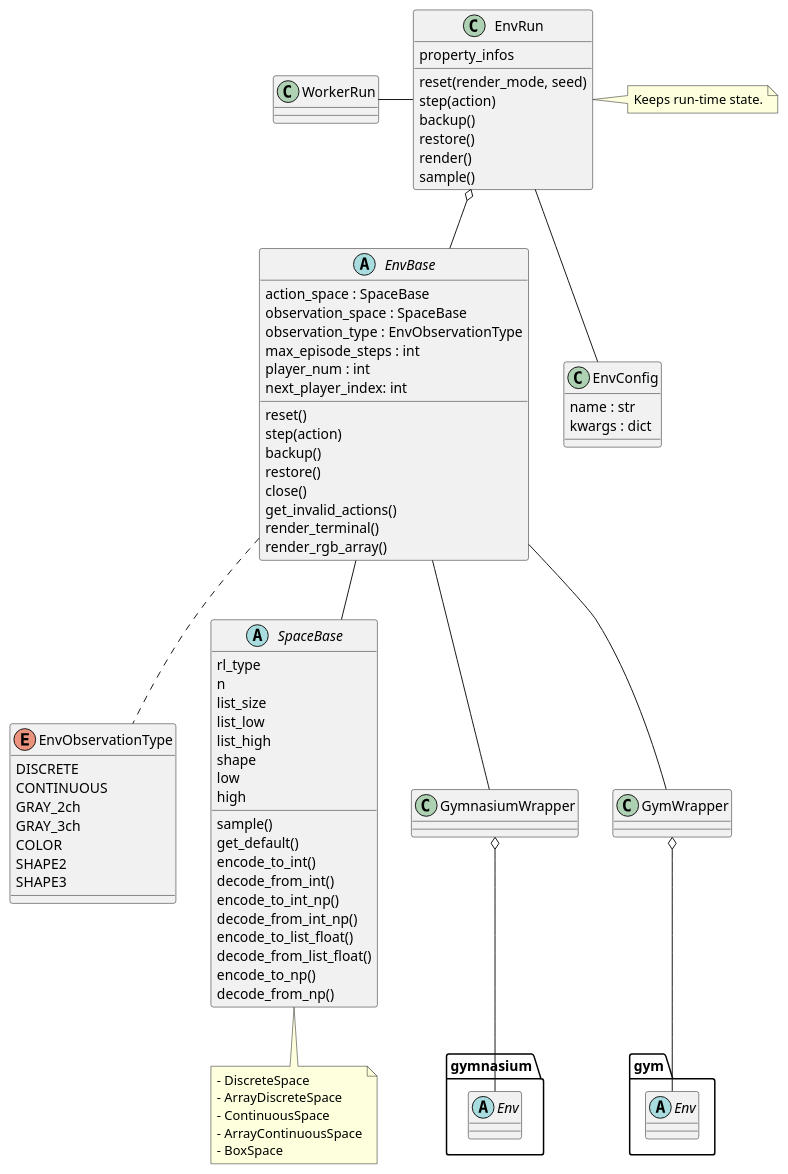
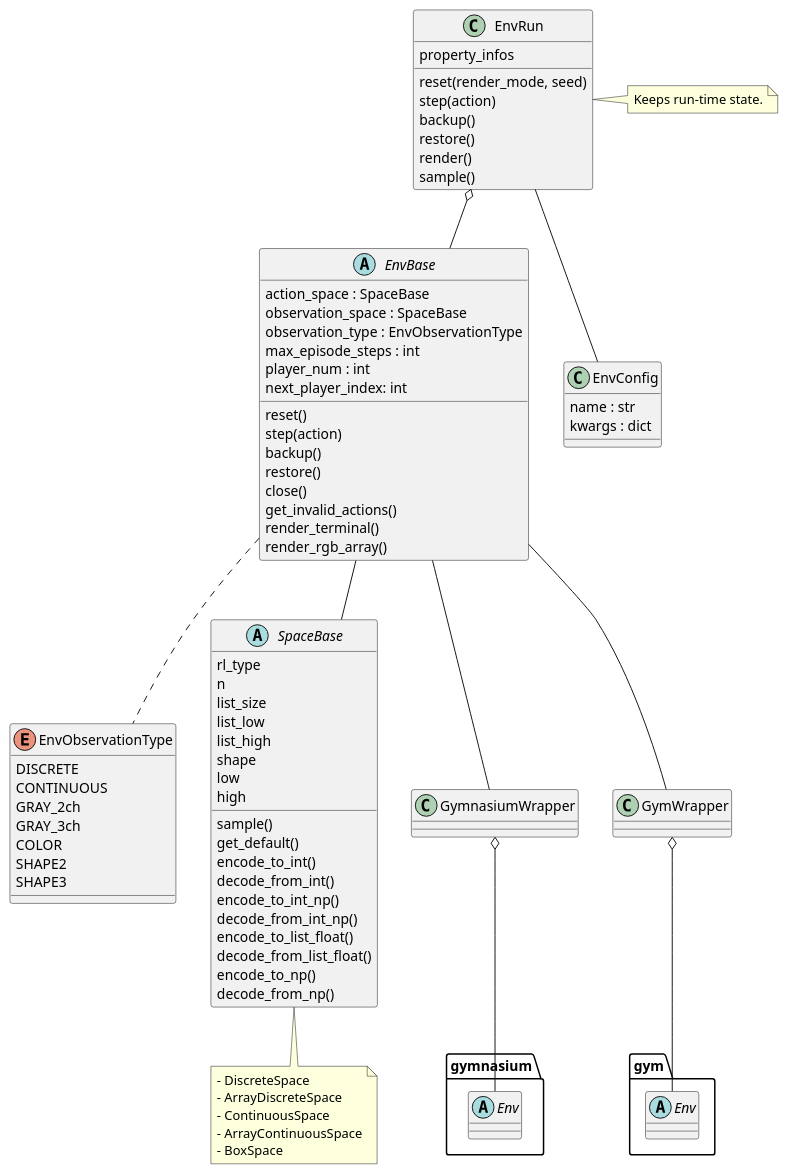
The diagram in diagrams/class_env.pu (pocokhc/simple_distributed_rl), drawn with PlantUML before and after one commit. The commit also changed 32 other files, not shown here.

```diff
--- a/diagrams/class_env.pu
+++ b/diagrams/class_env.pu
@@ -1,104 +1,100 @@
 @startuml class_env
 
 enum EnvObservationType {
     DISCRETE
     CONTINUOUS
     GRAY_2ch
     GRAY_3ch
     COLOR
     SHAPE2
     SHAPE3
 }
 
 
 abstract SpaceBase {
     sample()
     get_default()
     rl_type
     n
     encode_to_int()
     decode_from_int()
     encode_to_int_np()
     decode_from_int_np()
     list_size
     list_low
     list_high
     encode_to_list_float()
     decode_from_list_float()
     shape
     low
     high
     encode_to_np()
     decode_from_np()
 }
 
 
 note as SpaceMemo
 - DiscreteSpace
 - ArrayDiscreteSpace
 - ContinuousSpace
 - ArrayContinuousSpace
 - BoxSpace
 end note
 
 SpaceBase <|-- SpaceMemo
 
 
 abstract EnvBase {
     action_space : SpaceBase
     observation_space : SpaceBase
     observation_type : EnvObservationType
     max_episode_steps : int
     player_num : int
     reset()
     step(action)
     next_player_index: int
     backup()
     restore()
     close()
     get_invalid_actions()
     render_terminal()
     render_rgb_array()
 } 
 
 EnvBase .. EnvObservationType
 EnvBase -- SpaceBase
 
 abstract gymnasium.Env {}
 abstract gym.Env {}
 class GymnasiumWrapper {}
 class GymWrapper {}
 
 GymnasiumWrapper o-- gymnasium.Env
 GymWrapper o-- gym.Env
 EnvBase -- GymnasiumWrapper
 EnvBase -- GymWrapper
 
 
 class EnvRun {
     reset(render_mode, seed)
     step(action)
     backup()
     restore()
     render()
     sample()
     property_infos
 }
 EnvRun o-- EnvBase
 
 note "Keeps run-time state." as EnvRunMemo
 EnvRun . EnvRunMemo
 
 
 class EnvConfig {
     name : str
     kwargs : dict
 }
 EnvRun -- EnvConfig
 
 
-class WorkerRun {}
-WorkerRun - EnvRun
-
-
 @enduml
```
